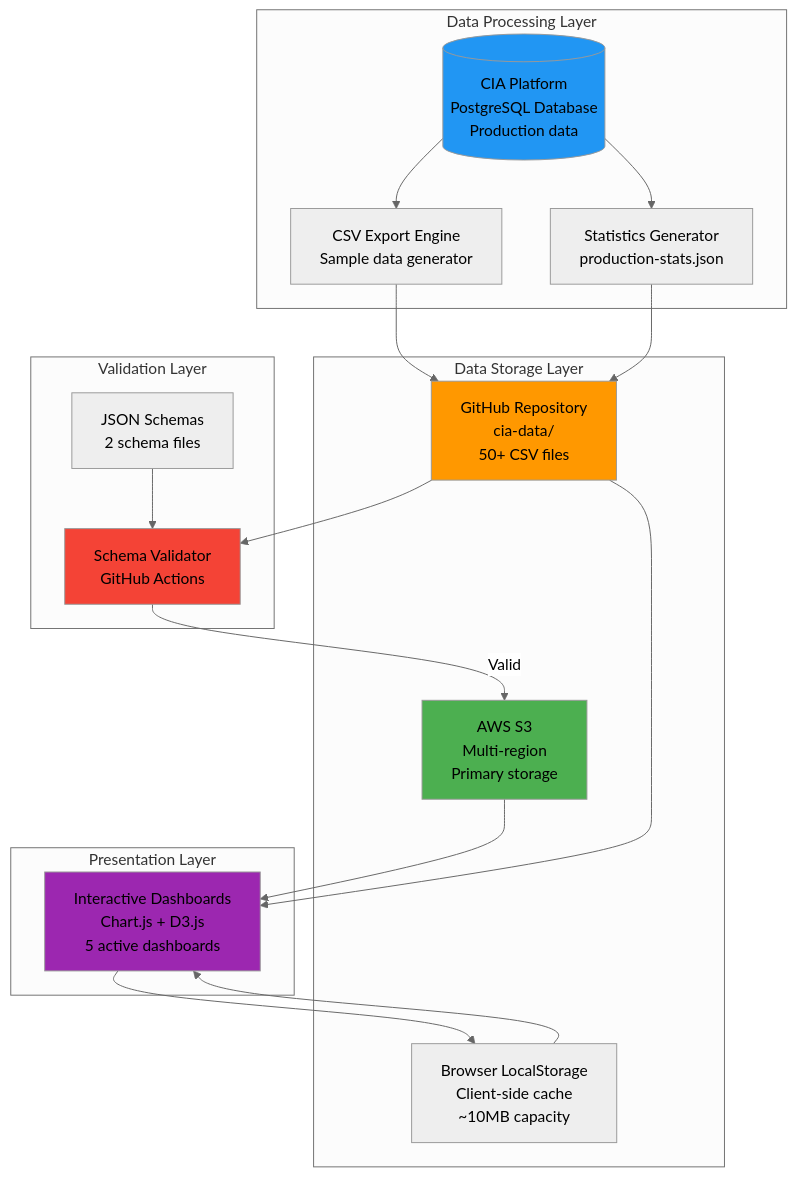
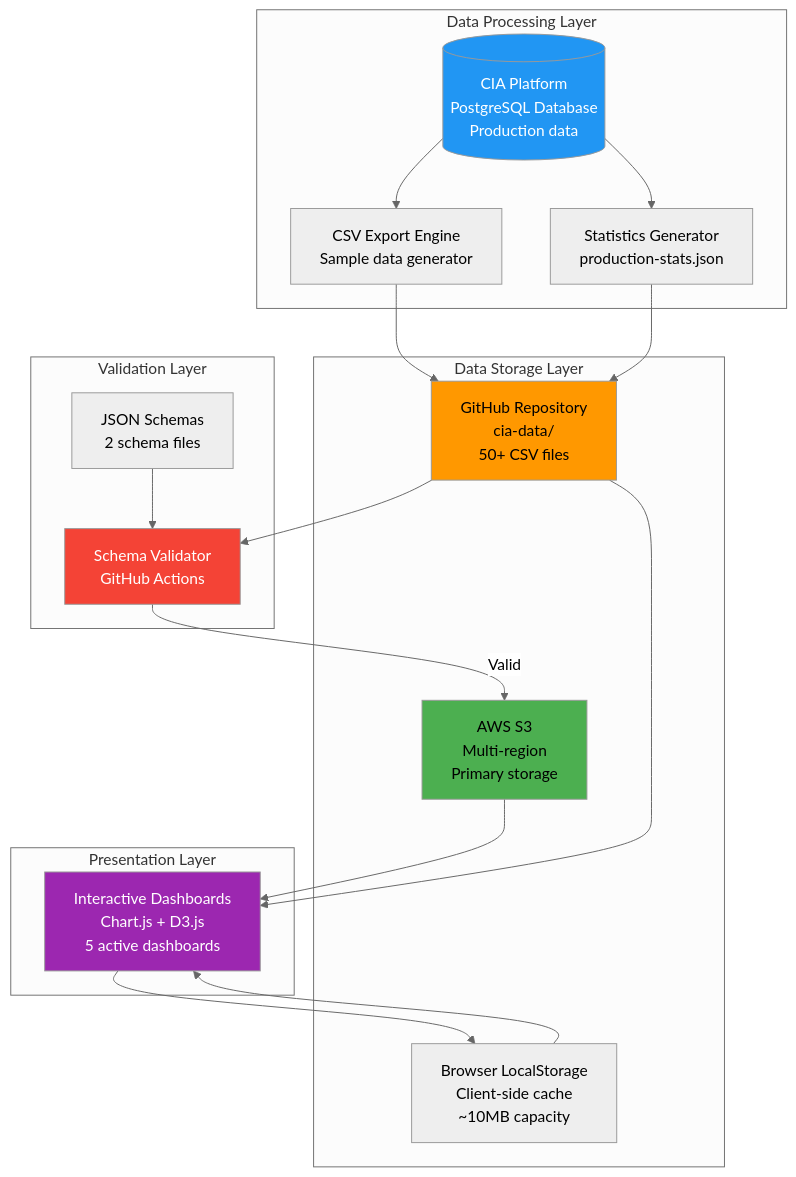
Before and after one commit to Hack23/riksdagsmonitor: the ninth of 9 diagrams in DATA_MODEL.md, drawn with Mermaid (neutral theme). The commit also changed other lines of this file and 11 other files, not shown here.

First line of the commit message:
Fix broken mermaid diagrams: SWOT gantt, quadrantChart theming, init quotes, text colors

````diff
--- a/DATA_MODEL.md
+++ b/DATA_MODEL.md
@@ -2336,43 +2336,43 @@
 ```mermaid
 graph TB
     subgraph "Data Storage Layer"
         GitHub[GitHub Repository<br/>cia-data/<br/>50+ CSV files]
         S3[AWS S3<br/>Multi-region<br/>Primary storage]
         LocalStorage[Browser LocalStorage<br/>Client-side cache<br/>~10MB capacity]
     end
     
     subgraph "Data Processing Layer"
         CIA_DB[(CIA Platform<br/>PostgreSQL Database<br/>Production data)]
         Export[CSV Export Engine<br/>Sample data generator]
         Stats[Statistics Generator<br/>production-stats.json]
     end
     
     subgraph "Validation Layer"
         Schemas[JSON Schemas<br/>2 schema files]
         Validator[Schema Validator<br/>GitHub Actions]
     end
     
     subgraph "Presentation Layer"
         Dashboards[Interactive Dashboards<br/>Chart.js + D3.js<br/>5 active dashboards]
     end
     
     CIA_DB --> Export
     CIA_DB --> Stats
     Export --> GitHub
     Stats --> GitHub
     
     GitHub --> Validator
     Schemas --> Validator
     Validator -->|Valid| S3
     
     S3 --> Dashboards
     GitHub --> Dashboards
     Dashboards --> LocalStorage
     LocalStorage --> Dashboards
     
-    style CIA_DB fill:#2196f3
-    style GitHub fill:#ff9800
-    style S3 fill:#4caf50
-    style Dashboards fill:#9c27b0
-    style Validator fill:#f44336
+    style CIA_DB fill:#2196f3,color:#ffffff
+    style GitHub fill:#ff9800,color:#000000
+    style S3 fill:#4caf50,color:#000000
+    style Dashboards fill:#9c27b0,color:#ffffff
+    style Validator fill:#f44336,color:#ffffff
 ```
````
